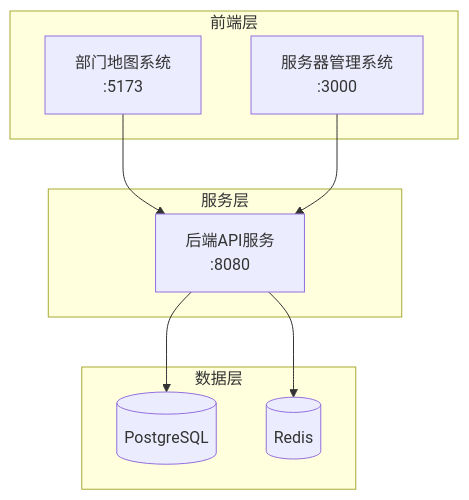
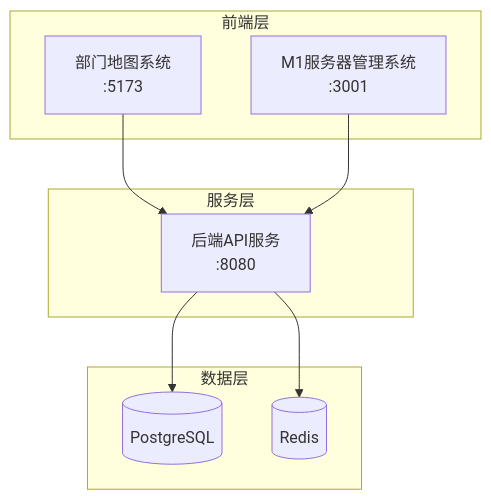
The diagram in .trae/documents/README.md (runhuayao/department-seating-chart), drawn with Mermaid before and after one commit. The commit also changed other lines of this file, not shown here.

````diff
--- a/.trae/documents/README.md
+++ b/.trae/documents/README.md
@@ -11,21 +11,21 @@
 ```mermaid
 graph TD
     A[部门地图系统<br/>:5173] --> C[后端API服务<br/>:8080]
-    B[服务器管理系统<br/>:3000] --> C
+    B[M1服务器管理系统<br/>:3001] --> C
     C --> D[(PostgreSQL)]
     C --> E[(Redis)]
     
     subgraph "前端层"
         A
         B
     end
     
     subgraph "服务层"
         C
     end
     
     subgraph "数据层"
         D
         E
     end
 ```
````
